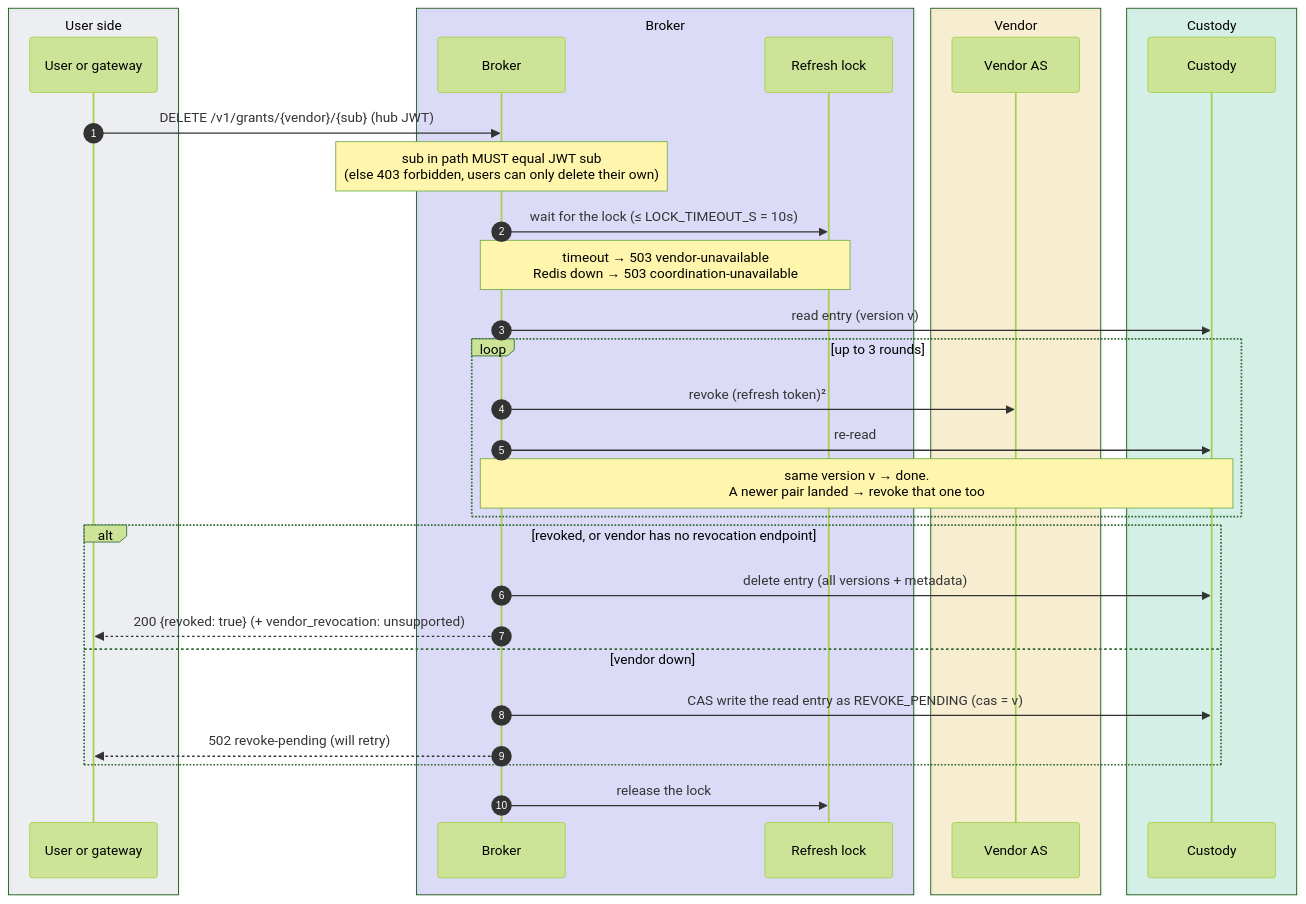
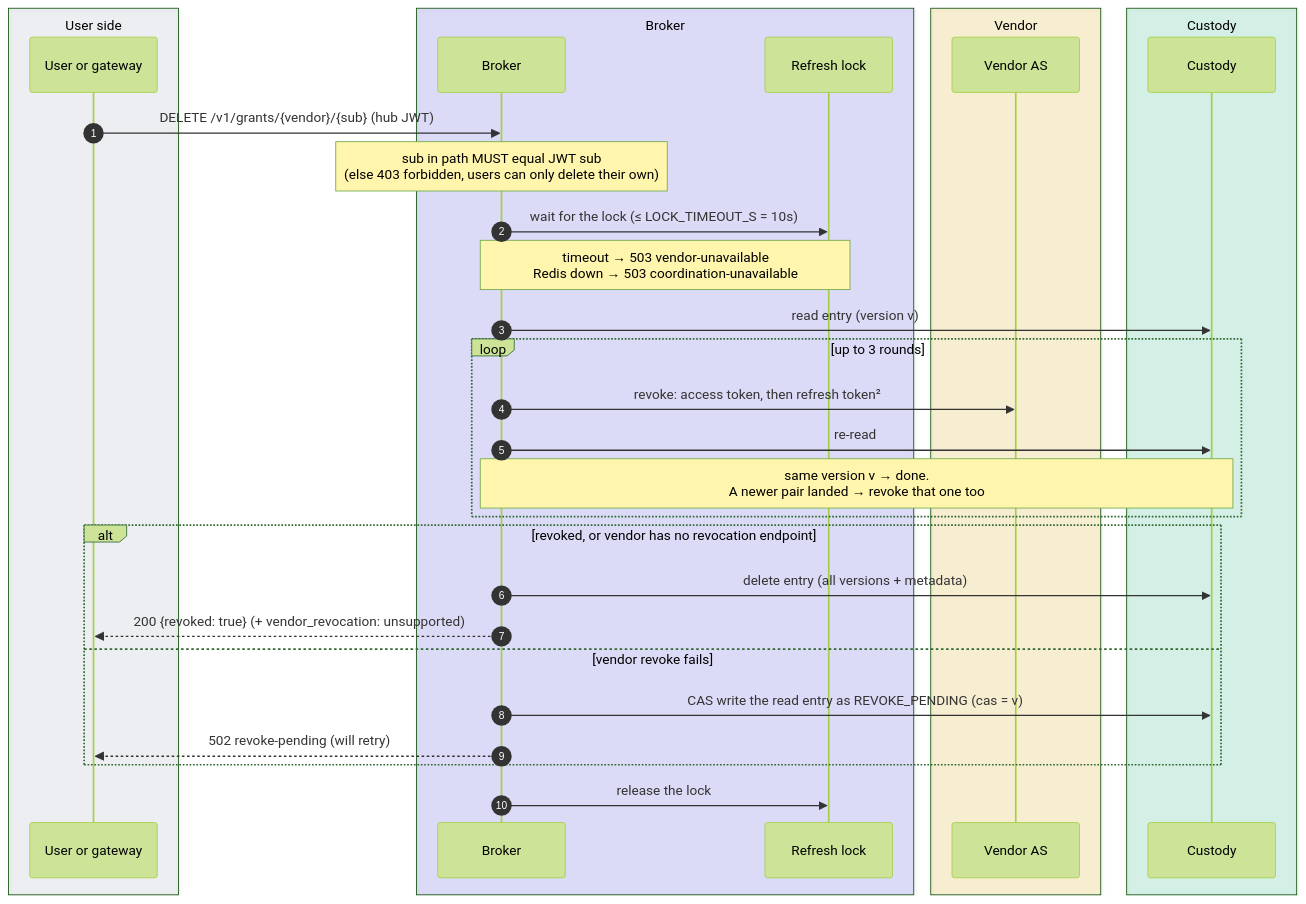
One commit to chief-builder/vendor-token-broker changed the ninth of 11 diagrams in docs/token-lifecycle.md. Above: the diagram before and after it, drawn with Mermaid (forest theme). The commit also changed other lines of this file and 15 other files, not shown here.

````diff
--- a/docs/token-lifecycle.md
+++ b/docs/token-lifecycle.md
@@ -500,36 +508,36 @@
 ```mermaid
 sequenceDiagram
     autonumber
     box rgba(148,163,184,0.14) User side
         participant U as User or gateway
     end
     box rgba(99,102,241,0.20) Broker
         participant B as Broker
         participant L as Refresh lock
     end
     box rgba(234,179,8,0.16) Vendor
         participant V as Vendor AS
     end
     box rgba(16,185,129,0.16) Custody
         participant K as Custody
     end
 
     U->>B: DELETE /v1/grants/{vendor}/{sub} (hub JWT)
     Note over B: sub in path MUST equal JWT sub<br/>(else 403 forbidden, users can only delete their own)
     B->>L: wait for the lock (≤ LOCK_TIMEOUT_S = 10s)
     Note over B,L: timeout → 503 vendor-unavailable<br/>Redis down → 503 coordination-unavailable
     B->>K: read entry (version v)
     loop up to 3 rounds
-        B->>V: revoke (refresh token)²
+        B->>V: revoke: access token, then refresh token²
         B->>K: re-read
         Note over B,K: same version v → done.<br/>A newer pair landed → revoke that one too
     end
     alt revoked, or vendor has no revocation endpoint
         B->>K: delete entry (all versions + metadata)
         B-->>U: 200 {revoked: true} (+ vendor_revocation: unsupported)
-    else vendor down
+    else vendor revoke fails
         B->>K: CAS write the read entry as REVOKE_PENDING (cas = v)
         B-->>U: 502 revoke-pending (will retry)
     end
     B->>L: release the lock
 ```
````
